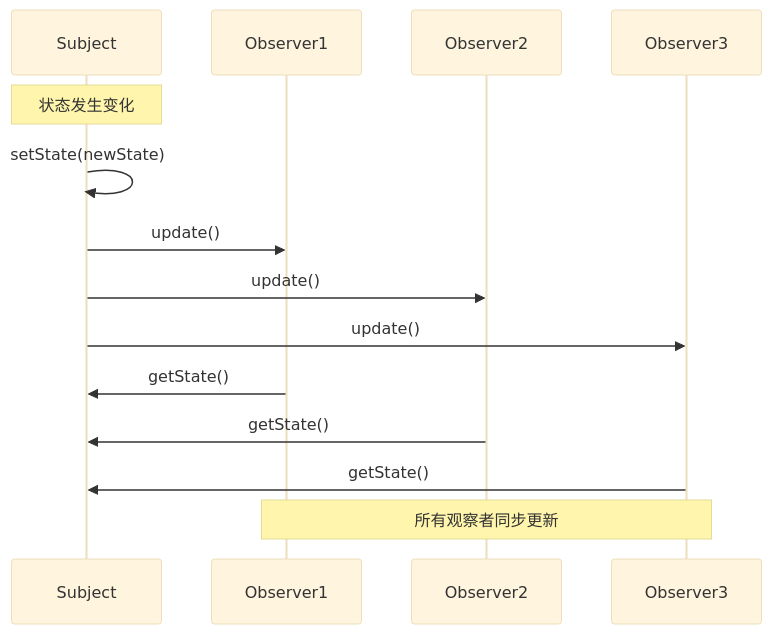
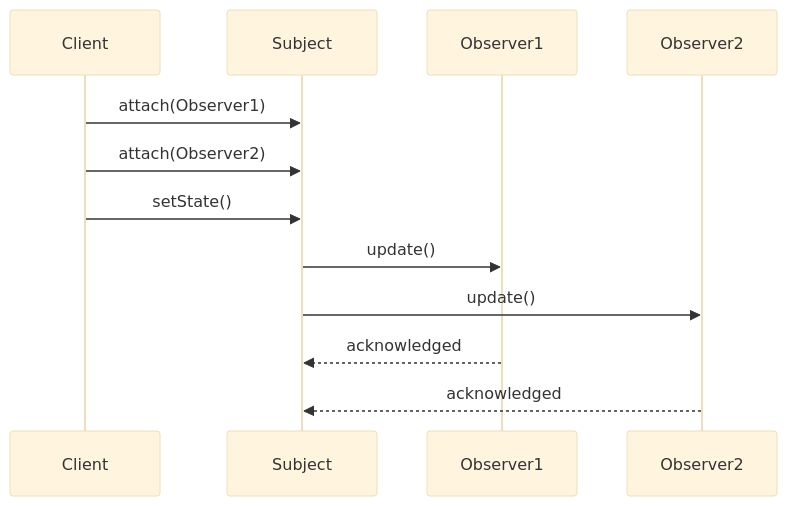
The second of 2 diagrams in resources/design-patterns/laravel/behavioral/observer_zh.md (fanly/DesignPattern), drawn with Mermaid (base theme) before and after one commit. The commit also changed other lines of this file and 103 other files, not shown here.

````diff
--- a/resources/design-patterns/laravel/behavioral/observer_zh.md
+++ b/resources/design-patterns/laravel/behavioral/observer_zh.md
@@ -95,19 +462,15 @@
 ```mermaid
 sequenceDiagram
+    participant Client
     participant Subject
     participant Observer1
     participant Observer2
-    participant Observer3
     
-    Note over Subject: 状态发生变化
-    Subject->>Subject: setState(newState)
+    Client->>Subject: attach(Observer1)
+    Client->>Subject: attach(Observer2)
+    Client->>Subject: setState()
     Subject->>Observer1: update()
     Subject->>Observer2: update()
-    Subject->>Observer3: update()
-    
-    Observer1->>Subject: getState()
-    Observer2->>Subject: getState()
-    Observer3->>Subject: getState()
-    
-    Note over Observer1,Observer3: 所有观察者同步更新
+    Observer1-->>Subject: acknowledged
+    Observer2-->>Subject: acknowledged
 ```
````
